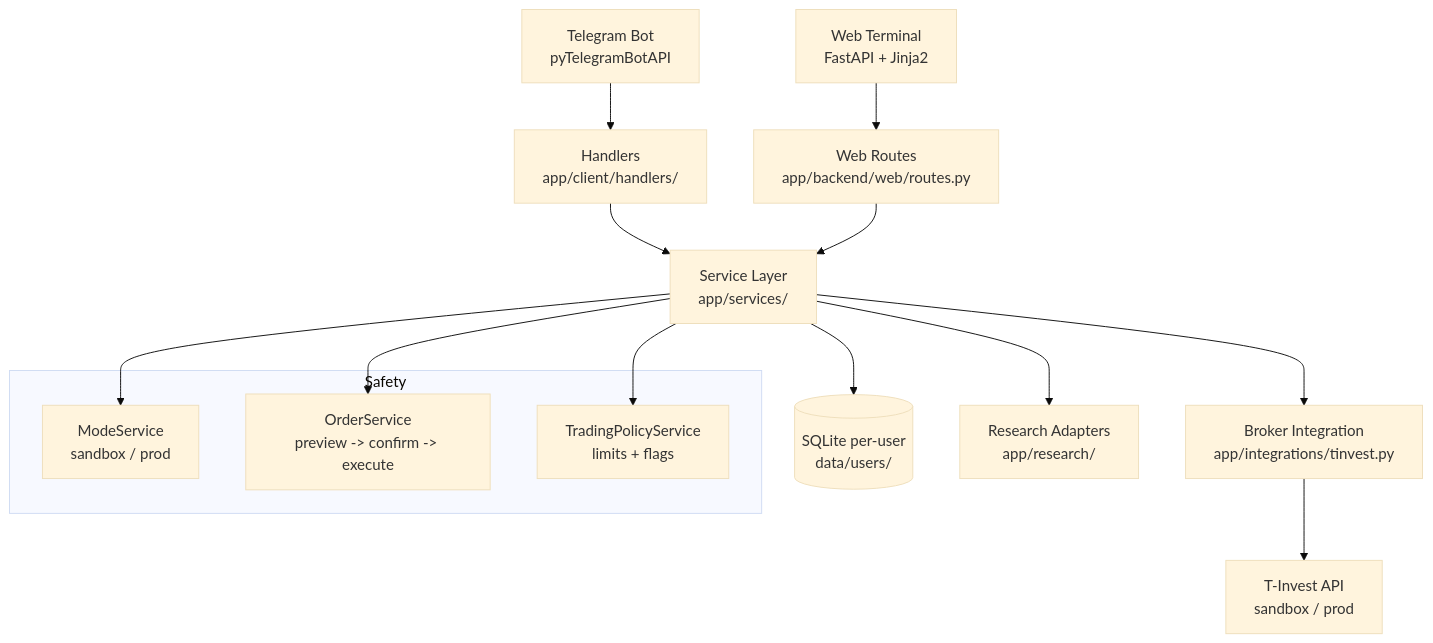
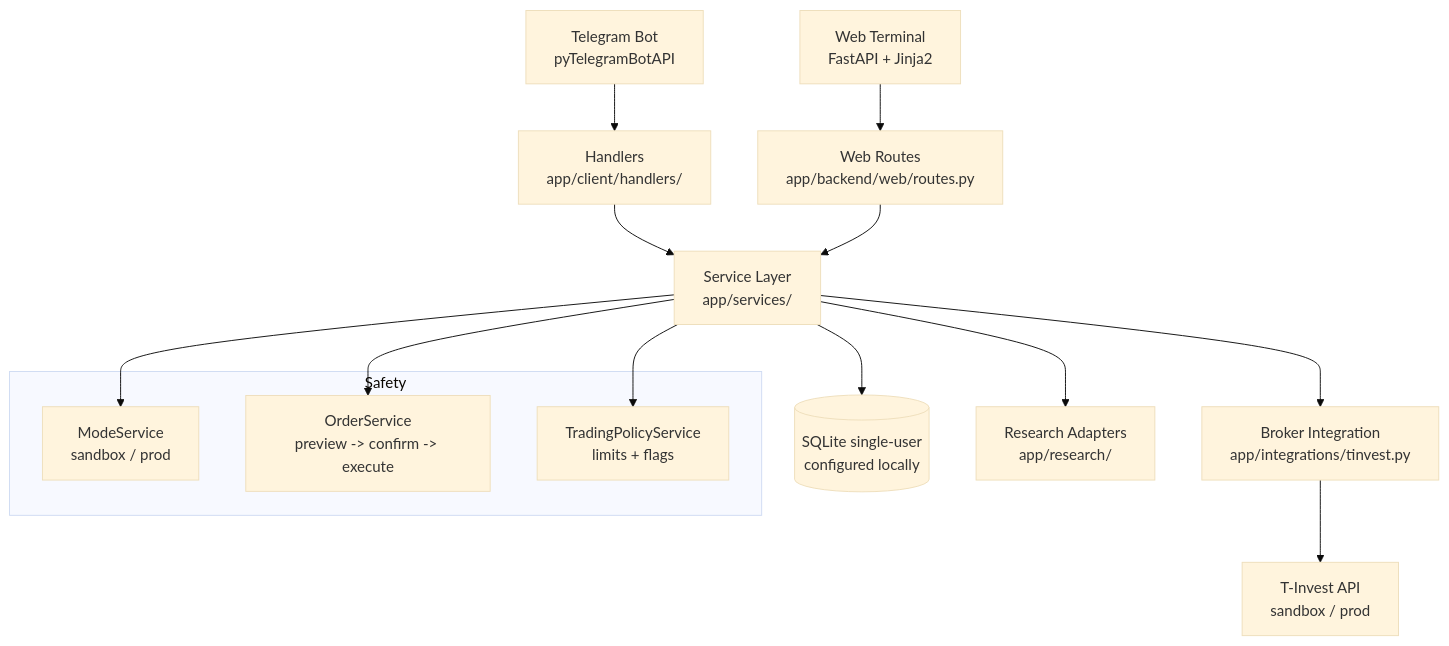
One commit to semenko-vladimir/Long_Invest_Tbot_helper changed the diagram in README.md. Above: the diagram before and after it, drawn with Mermaid (base theme). The commit also changed other lines of this file and 27 other files, not shown here.

````diff
--- a/README.md
+++ b/README.md
@@ -22,21 +26,21 @@
 ```mermaid
 graph TD
     TG[Telegram Bot<br/>pyTelegramBotAPI] --> H[Handlers<br/>app/client/handlers/]
     WEB[Web Terminal<br/>FastAPI + Jinja2] --> R[Web Routes<br/>app/backend/web/routes.py]
     H --> S[Service Layer<br/>app/services/]
     R --> S
     S --> B[Broker Integration<br/>app/integrations/tinvest.py]
-    S --> DB[(SQLite per-user<br/>data/users/)]
+    S --> DB[(SQLite single-user<br/>configured locally)]
     S --> RS[Research Adapters<br/>app/research/]
     B --> API[T-Invest API<br/>sandbox / prod]
 
     subgraph Safety
         MODE[ModeService<br/>sandbox / prod]
         ORDER[OrderService<br/>preview -> confirm -> execute]
         POLICY[TradingPolicyService<br/>limits + flags]
     end
 
     S --> MODE
     S --> ORDER
     S --> POLICY
 ```
````
